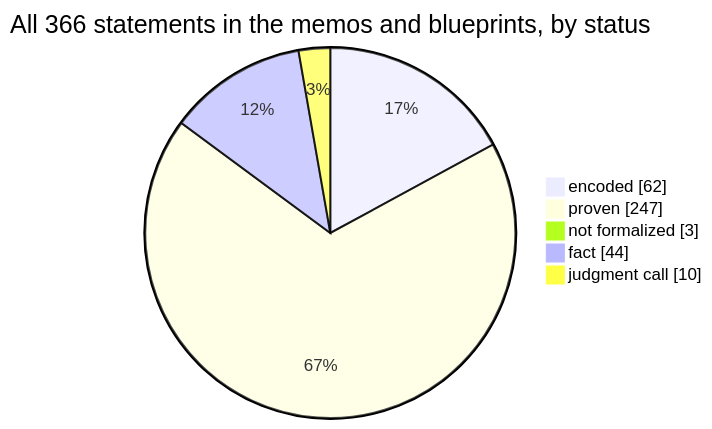
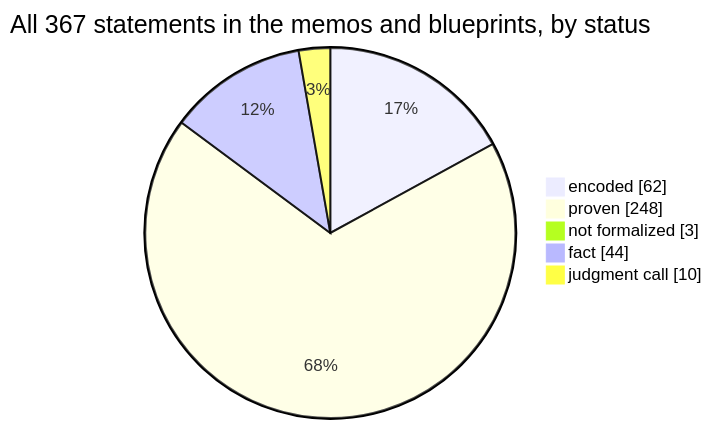
The first of 4 diagrams in docs/graphs/dashboard.md (SeanWMurray/Canteen), drawn with Mermaid before and after one commit. The commit also changed other lines of this file and 24 other files, not shown here.

````diff
--- a/docs/graphs/dashboard.md
+++ b/docs/graphs/dashboard.md
@@ -11,8 +11,8 @@
 ```mermaid
-pie showData title All 366 statements in the memos and blueprints, by status
+pie showData title All 367 statements in the memos and blueprints, by status
     "encoded" : 62
-    "proven" : 247
+    "proven" : 248
     "not formalized" : 3
     "fact" : 44
     "judgment call" : 10
 ```
````
